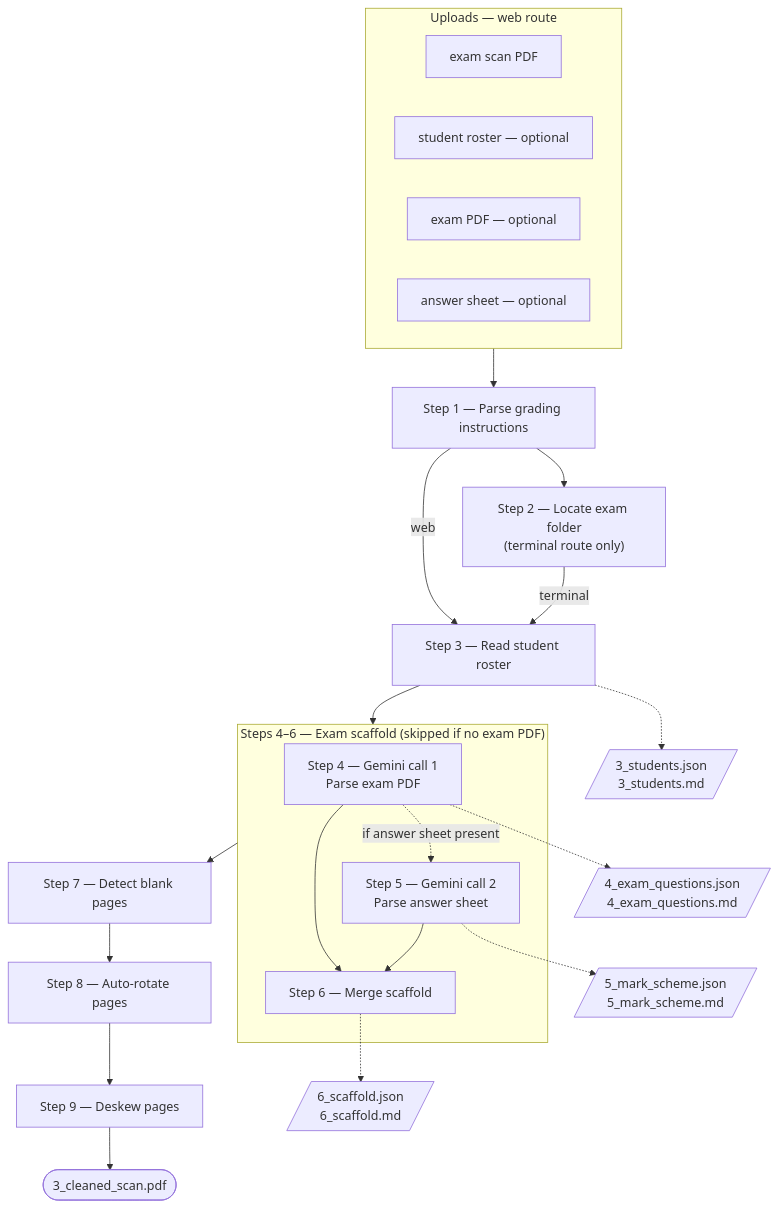
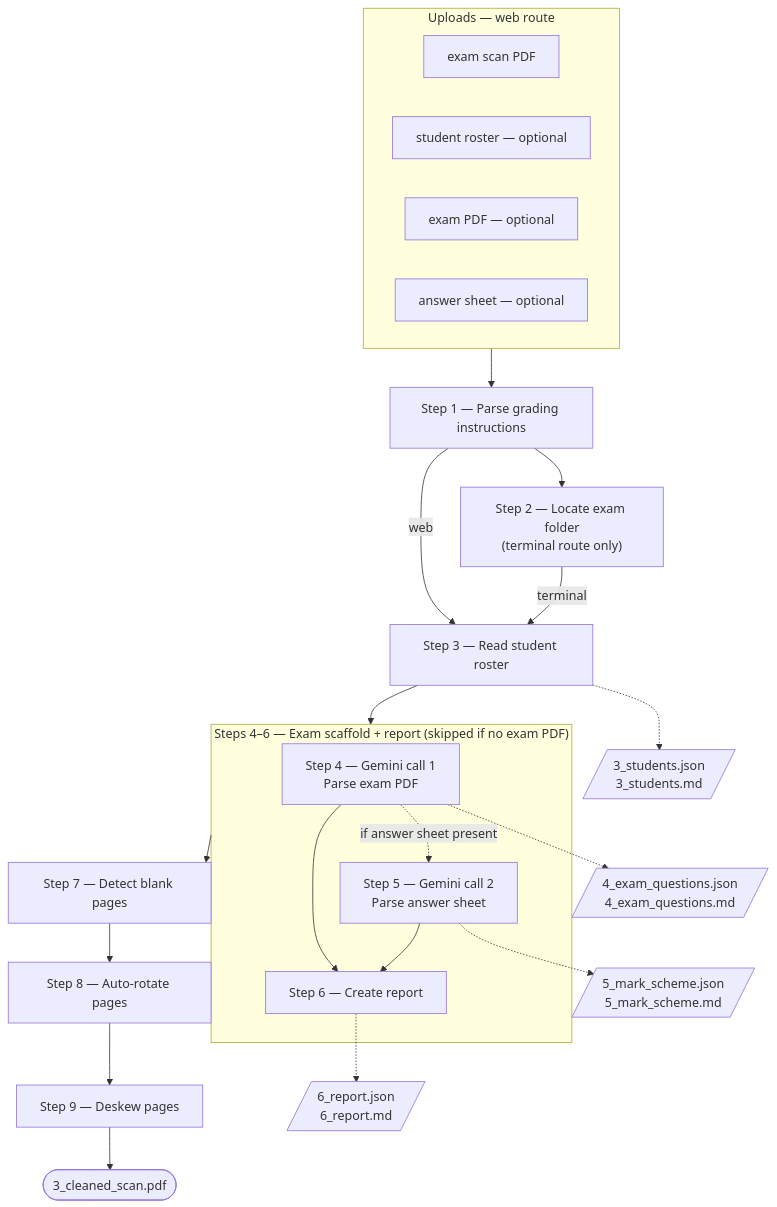
One commit to JoschkaKoen/IGCSE-Exercise-Sheet-Generator-1 changed the second of 2 diagrams in README.md. Above: the diagram before and after it, drawn with Mermaid. The commit also changed other lines of this file and 5 other files, not shown here.

Commit message:
xScore: final artifacts as 6_report.json/md with roster; step 6 create report; legacy scaffold filenames; README diagram.

````diff
--- a/README.md
+++ b/README.md
@@ -83,44 +83,44 @@
 ```mermaid
 flowchart TD
     subgraph uploads [Uploads — web route]
         direction LR
         u1[exam scan PDF]
         u2[student roster — optional]
         u3[exam PDF — optional]
         u4[answer sheet — optional]
     end
 
     s1[Step 1 — Parse grading instructions]
     s2["Step 2 — Locate exam folder\n(terminal route only)"]
     s3[Step 3 — Read student roster]
 
-    subgraph scaffold ["Steps 4–6 — Exam scaffold  (skipped if no exam PDF)"]
+    subgraph scaffold ["Steps 4–6 — Exam scaffold + report  (skipped if no exam PDF)"]
         s4["Step 4 — Gemini call 1\nParse exam PDF"]
         s5["Step 5 — Gemini call 2\nParse answer sheet"]
-        s6[Step 6 — Merge scaffold]
+        s6[Step 6 — Create report]
         s4 -.->|"if answer sheet present"| s5
         s5 --> s6
         s4 --> s6
     end
 
     s7[Step 7 — Detect blank pages]
     s8[Step 8 — Auto-rotate pages]
     s9[Step 9 — Deskew pages]
 
     f3[/"3_students.json\n3_students.md"/]
     f4[/"4_exam_questions.json\n4_exam_questions.md"/]
     f5[/"5_mark_scheme.json\n5_mark_scheme.md"/]
-    fmerge[/"6_scaffold.json\n6_scaffold.md"/]
+    fmerge[/"6_report.json\n6_report.md"/]
     out([3_cleaned_scan.pdf])
 
     uploads --> s1
     s1 --> s2
     s2 -->|terminal| s3
     s1 -->|web| s3
     s3 --> scaffold --> s7 --> s8 --> s9 --> out
 
     s3 -.-> f3
     s4 -.-> f4
     s5 -.-> f5
     s6 -.-> fmerge
 ```
````
